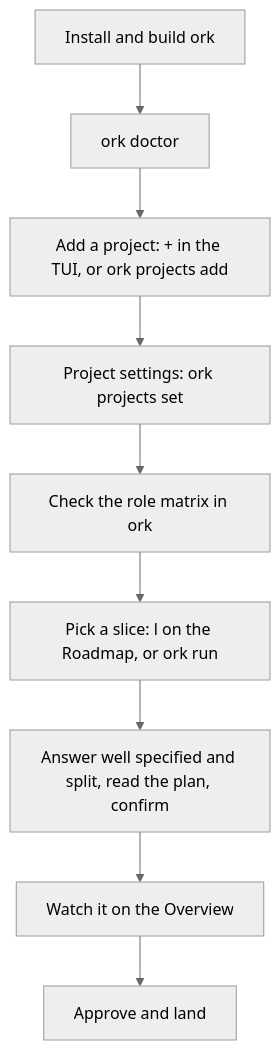
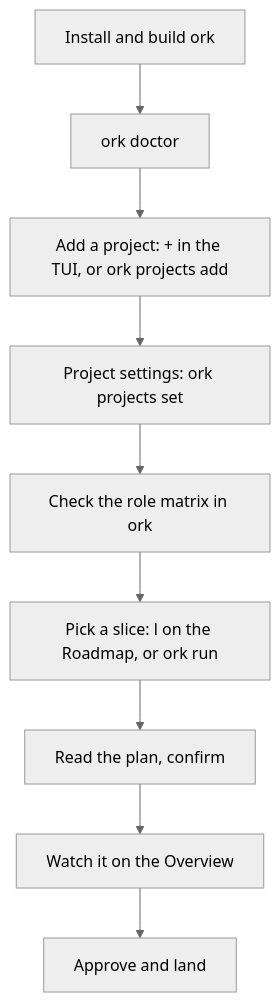
Before and after one commit to squalor-xyz/ork: the fifth of 6 diagrams in docs/diagrams.md, drawn with Mermaid (neutral theme). The commit also changed 37 other files, not shown here.

Commit message:
S260: drop the well specified and split prompts; defaults yes and no, flags override (adj 189)

````diff
--- a/docs/diagrams.md
+++ b/docs/diagrams.md
@@ -157,11 +157,11 @@
 ```mermaid
 flowchart TD
     a["Install and build ork"] --> b["ork doctor"]
     b --> c["Add a project: + in the TUI, or ork projects add"]
     c --> d["Project settings: ork projects set"]
     d --> e["Check the role matrix in ork"]
     e --> f["Pick a slice: l on the Roadmap, or ork run"]
-    f --> g["Answer well specified and split, read the plan, confirm"]
+    f --> g["Read the plan, confirm"]
     g --> h["Watch it on the Overview"]
     h --> i["Approve and land"]
 ```
````
